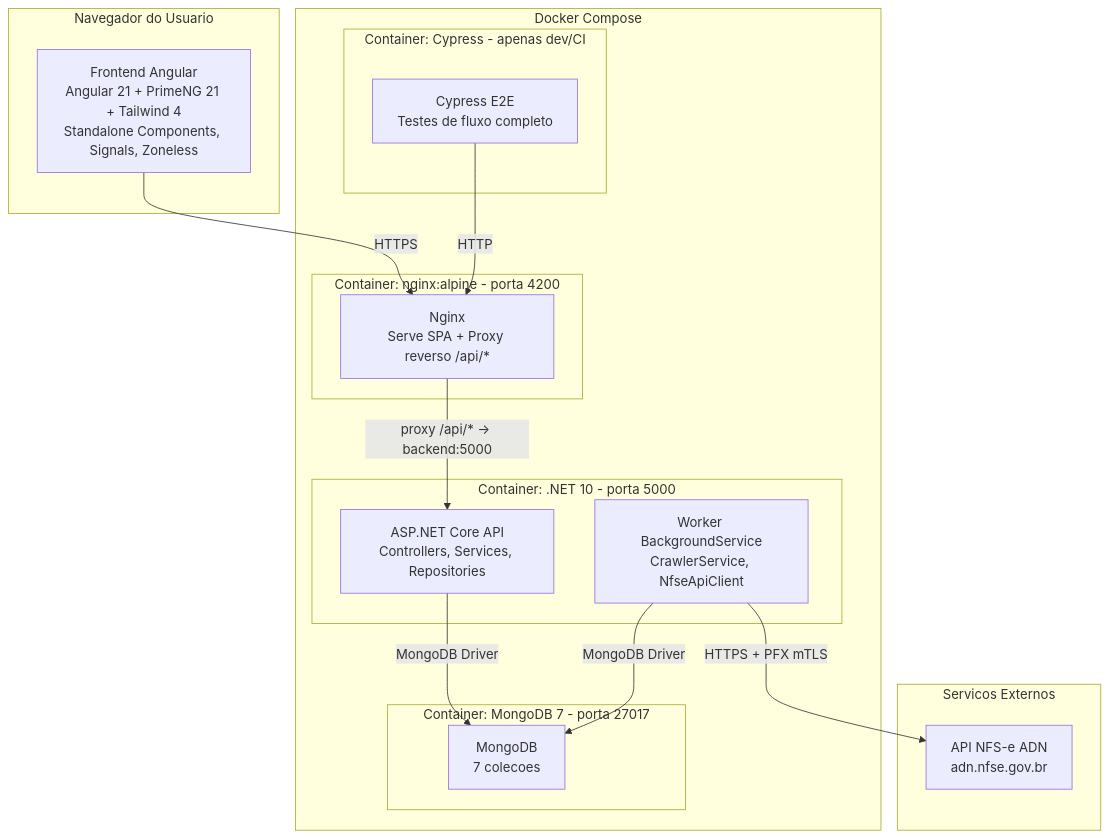
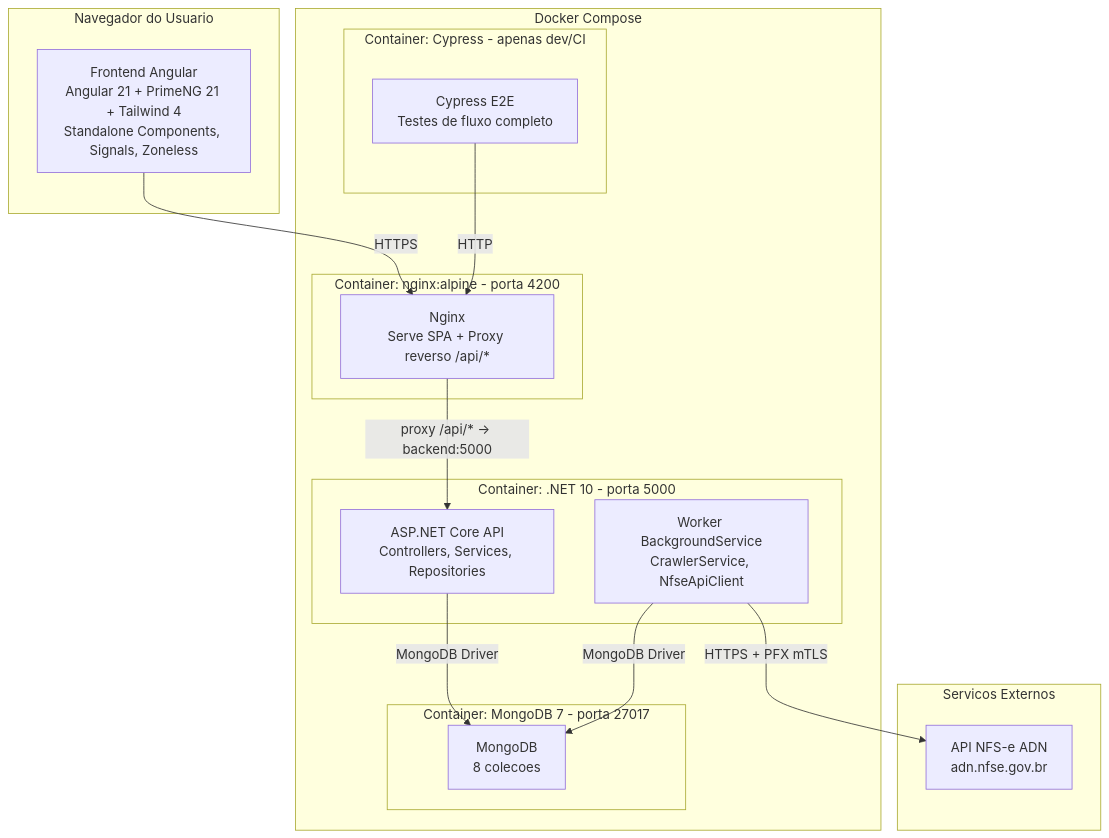
The second of 8 diagrams in docs/technical-doc.md (john182/poc-open-spec), drawn with Mermaid before and after one commit. The commit also changed other lines of this file and 5 other files, not shown here.

````diff
--- a/docs/technical-doc.md
+++ b/docs/technical-doc.md
@@ -37,36 +37,36 @@
 ```mermaid
 graph TB
     subgraph "Navegador do Usuario"
         FE["Frontend Angular<br/>Angular 21 + PrimeNG 21 + Tailwind 4<br/>Standalone Components, Signals, Zoneless"]
     end
 
     subgraph "Docker Compose"
         subgraph "Container: nginx:alpine - porta 4200"
             NGINX["Nginx<br/>Serve SPA + Proxy reverso /api/*"]
         end
 
         subgraph "Container: .NET 10 - porta 5000"
             API["ASP.NET Core API<br/>Controllers, Services, Repositories"]
             WK["Worker BackgroundService<br/>CrawlerService, NfseApiClient"]
         end
 
         subgraph "Container: MongoDB 7 - porta 27017"
-            DB["MongoDB<br/>7 colecoes"]
+            DB["MongoDB<br/>8 colecoes"]
         end
 
         subgraph "Container: Cypress - apenas dev/CI"
             CY["Cypress E2E<br/>Testes de fluxo completo"]
         end
     end
 
     subgraph "Servicos Externos"
         NFSE["API NFS-e ADN<br/>adn.nfse.gov.br"]
     end
 
     FE -->|HTTPS| NGINX
     NGINX -->|"proxy /api/* -> backend:5000"| API
     API -->|MongoDB Driver| DB
     WK -->|MongoDB Driver| DB
     WK -->|"HTTPS + PFX mTLS"| NFSE
     CY -->|HTTP| NGINX
 ```
````
